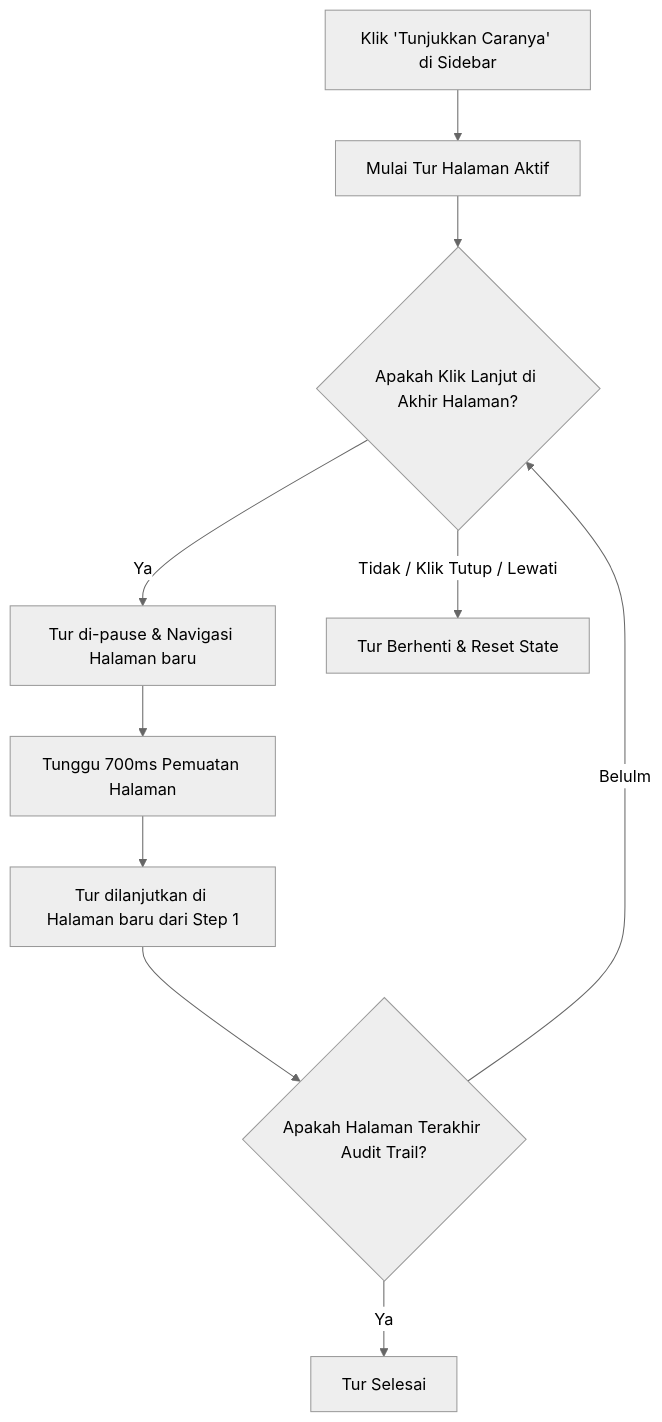
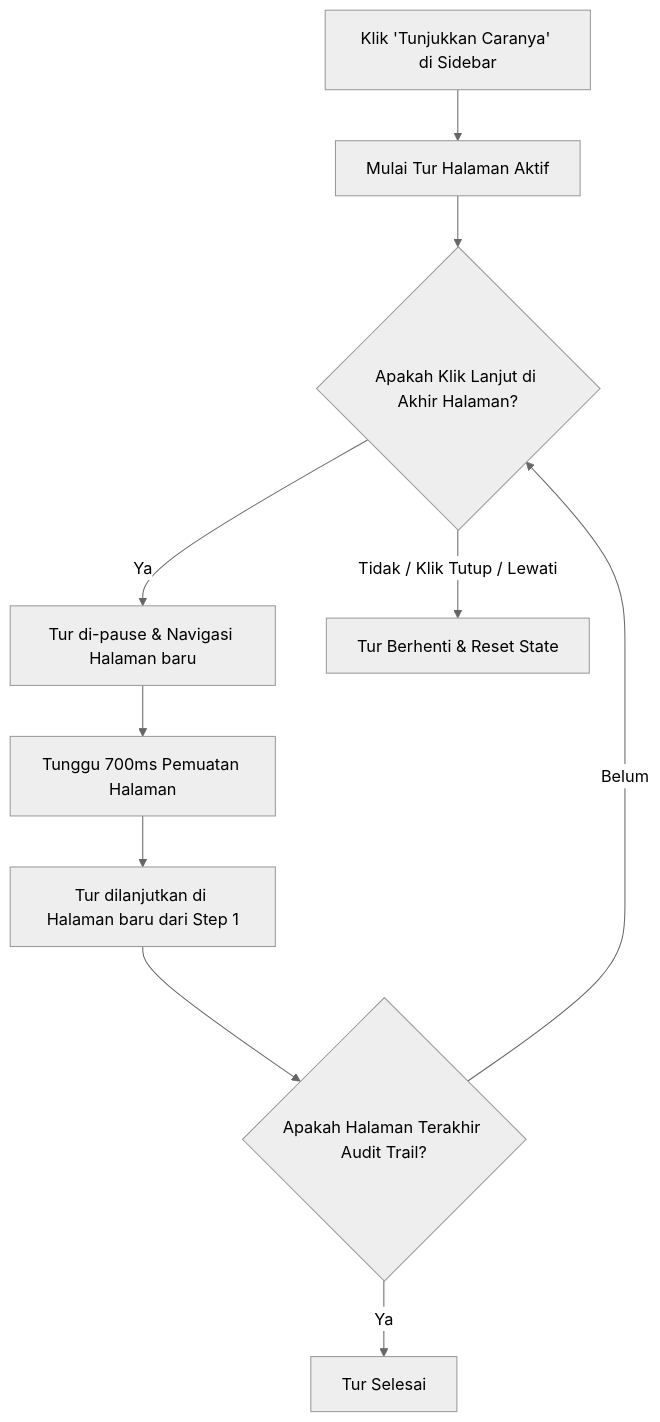
One commit to nebulizereyedrop-dotcom/EMS_BFS changed the diagram in docs/Onboarding_Tutorial_Documentation.md. Above: the diagram before and after it, drawn with Mermaid (neutral theme). The commit also changed other lines of this file and 3 other files, not shown here.

````diff
--- a/docs/Onboarding_Tutorial_Documentation.md
+++ b/docs/Onboarding_Tutorial_Documentation.md
@@ -66,12 +92,12 @@
 ```mermaid
 graph TD
     A[Klik 'Tunjukkan Caranya' di Sidebar] --> B[Mulai Tur Halaman Aktif]
     B --> C{Apakah Klik Lanjut di Akhir Halaman?}
     C -- Ya --> D[Tur di-pause & Navigasi Halaman baru]
     D --> E[Tunggu 700ms Pemuatan Halaman]
     E --> F[Tur dilanjutkan di Halaman baru dari Step 1]
     C -- Tidak / Klik Tutup / Lewati --> G[Tur Berhenti & Reset State]
     F --> H{Apakah Halaman Terakhir Audit Trail?}
     H -- Ya --> I[Tur Selesai]
-    H -- Belulm --> C
+    H -- Belum --> C
 ```
````
